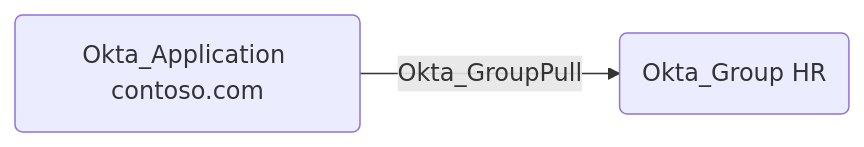
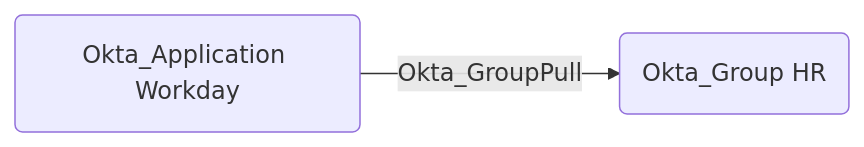
The diagram in descriptions/edges/Okta_GroupPull.md (SpecterOps/openhound-okta), drawn with Mermaid before and after one commit. The commit also changed other lines of this file and 46 other files, not shown here.

````diff
--- a/descriptions/edges/Okta_GroupPull.md
+++ b/descriptions/edges/Okta_GroupPull.md
@@ -5,6 +5,6 @@
 ```mermaid
 graph LR
+    app1("Okta_Application Workday")
     g1("Okta_Group HR")
-    app1("Okta_Application contoso.com")
     app1 -- Okta_GroupPull --> g1
 ```
````
